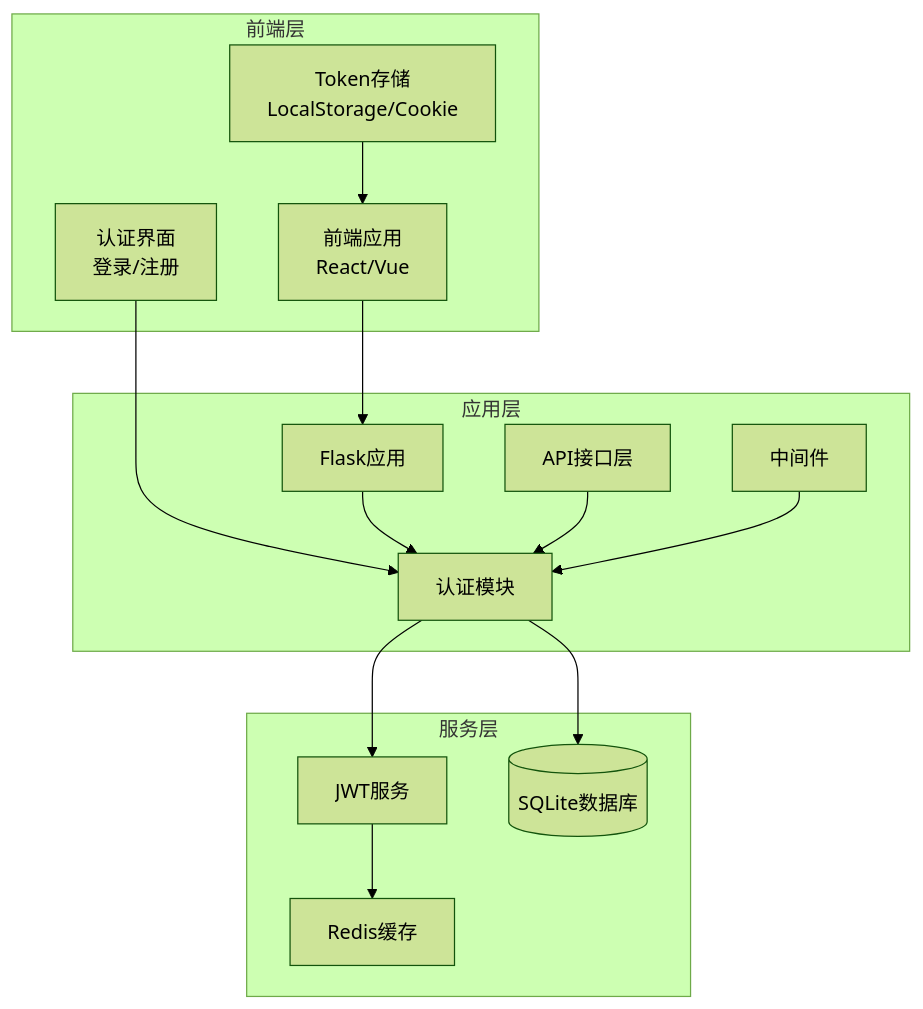
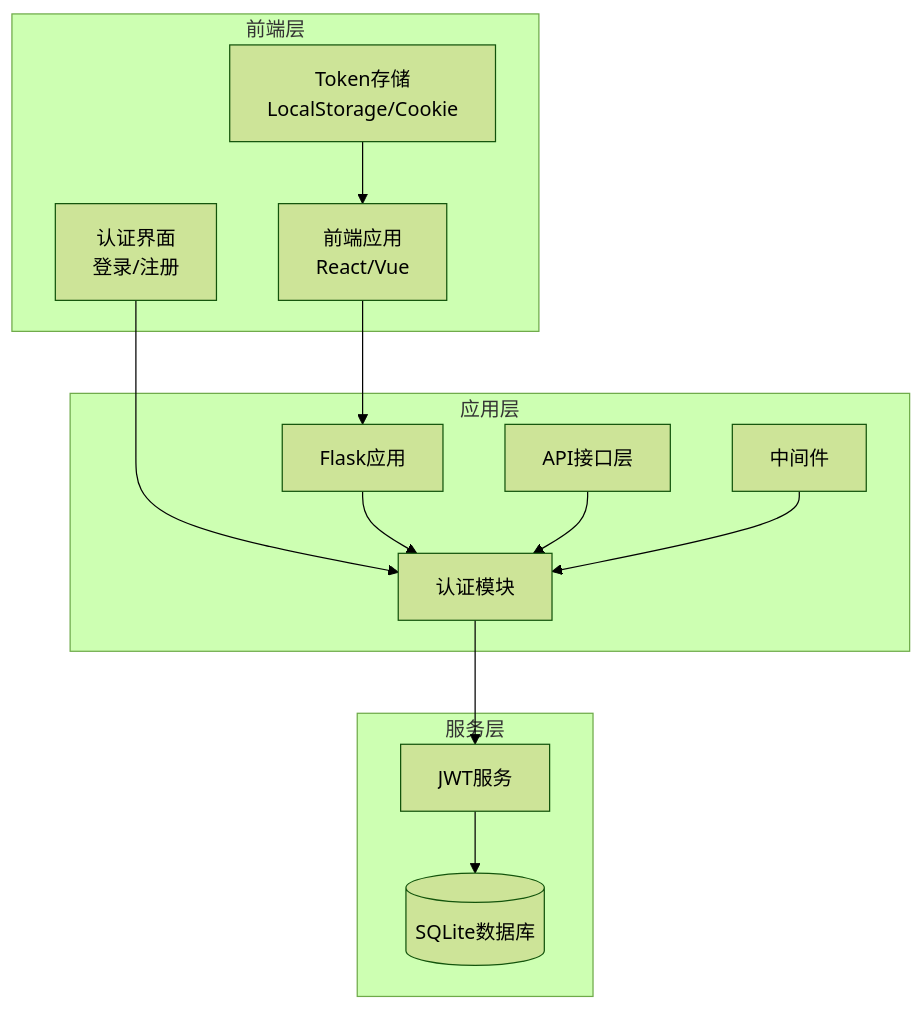
Before and after one commit to wyg5208/website_diy: the first of 5 diagrams in .qoder/repowiki/zh/content/安全设计/认证与授权/JWT身份验证.md, drawn with Mermaid (forest theme). The commit also changed other lines of this file and 43 other files, not shown here.

````diff
--- a/.qoder/repowiki/zh/content/安全设计/认证与授权/JWT身份验证.md
+++ b/.qoder/repowiki/zh/content/安全设计/认证与授权/JWT身份验证.md
@@ -31,28 +45,26 @@
 ```mermaid
 graph TB
 subgraph "前端层"
 FE[前端应用<br/>React/Vue]
 AuthUI[认证界面<br/>登录/注册]
 TokenStore[Token存储<br/>LocalStorage/Cookie]
 end
 subgraph "应用层"
 Flask[Flask应用]
 AuthModule[认证模块]
 API[API接口层]
 Middleware[中间件]
 end
 subgraph "服务层"
 JWTService[JWT服务]
-Redis[Redis缓存]
 DB[(SQLite数据库)]
 end
 FE --> Flask
 AuthUI --> AuthModule
 TokenStore --> FE
 Flask --> AuthModule
 AuthModule --> JWTService
-JWTService --> Redis
-AuthModule --> DB
+JWTService --> DB
 API --> AuthModule
 Middleware --> AuthModule
 ```
````
